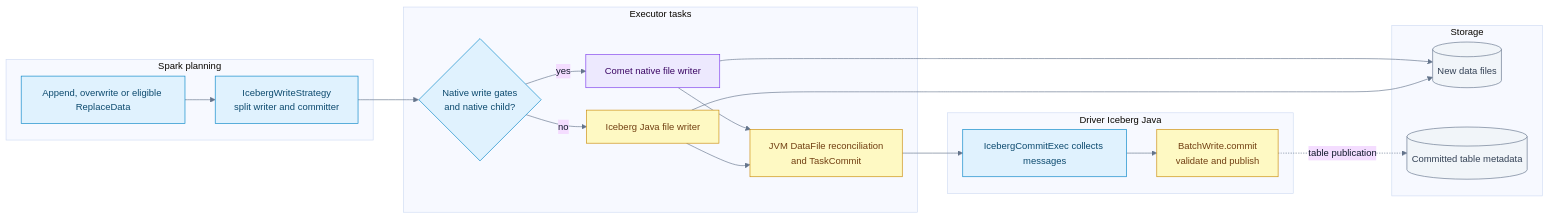
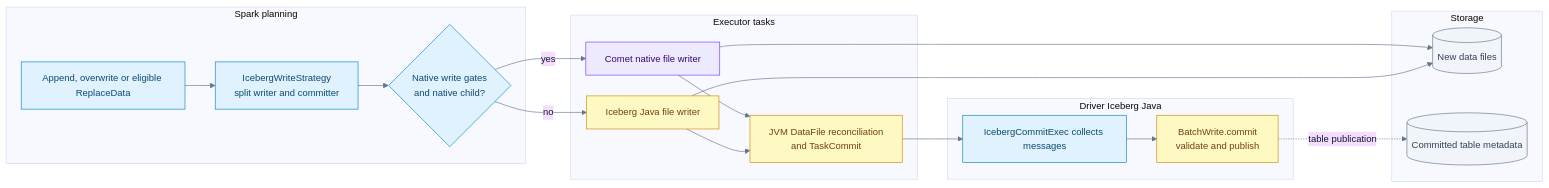
One commit to Shekharrajak/iceberg-notes changed the diagram in iceberg-batch-pipeline/diagrams/06-write-component-flow.mmd. Above: the diagram before and after it, drawn with Mermaid. The commit also changed 72 other files, not shown here.

```diff
--- a/iceberg-batch-pipeline/diagrams/06-write-component-flow.mmd
+++ b/iceberg-batch-pipeline/diagrams/06-write-component-flow.mmd
@@ -1,36 +1,35 @@
 %%{init: {"theme":"base","flowchart":{"curve":"basis","nodeSpacing":33,"rankSpacing":48},"themeVariables":{"fontFamily":"Ubuntu, Arial, sans-serif","fontSize":"15px","primaryTextColor":"#0f172a","lineColor":"#64748b"}}}%%
 flowchart LR
   subgraph DRIVER["Spark planning"]
     L["Append, overwrite or eligible ReplaceData"]
     S["IcebergWriteStrategy<br/>split writer and committer"]
-    L --> S
+    G{"Native write gates<br/>and native child?"}
+    L --> S --> G
   end
   subgraph EXEC["Executor tasks"]
-    G{"Native write gates<br/>and native child?"}
     N["Comet native file writer"]
     J["Iceberg Java file writer"]
     A["JVM DataFile reconciliation<br/>and TaskCommit"]
-    S --> G
     G -- "yes" --> N --> A
     G -- "no" --> J --> A
   end
   subgraph COMMIT["Driver Iceberg Java"]
     C["IcebergCommitExec collects messages"]
     BW["BatchWrite.commit<br/>validate and publish"]
     A --> C --> BW
   end
   subgraph STORE["Storage"]
     D[("New data files")]
     M[("Committed table metadata")]
     N --> D
     J --> D
     BW -. "table publication" .-> M
   end
   classDef spark fill:#e0f2fe,stroke:#0284c7,color:#0c4a6e
   classDef native fill:#ede9fe,stroke:#7c3aed,color:#3b0764
   classDef ice fill:#fef9c3,stroke:#ca8a04,color:#713f12
   classDef store fill:#f1f5f9,stroke:#64748b,color:#334155
   class L,S,G,C spark
   class N native
   class J,A,BW ice
   class D,M store
```
